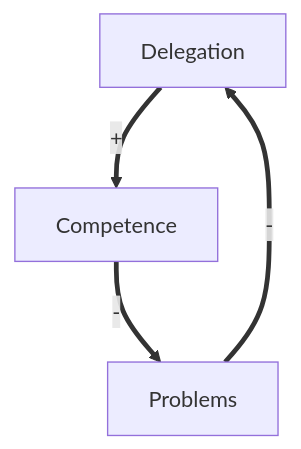
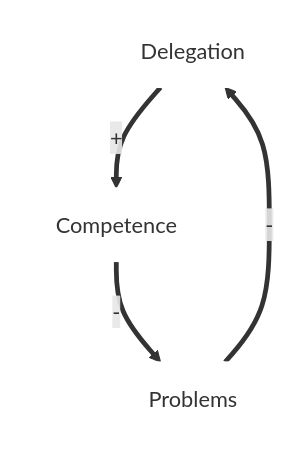
One commit to rowdenw/rowdenw.github.io changed the seventh of 9 diagrams in _drafts/Grown-Up-Thinking.md. Above: the diagram before and after it, drawn with Mermaid. The commit also changed other lines of this file, not shown here.

````diff
--- a/_drafts/Grown-Up-Thinking.md
+++ b/_drafts/Grown-Up-Thinking.md
@@ -117,8 +132,9 @@
 ```mermaid
 graph TD
 	D[Delegation] =="+"==>
 	C[Competence] =="-"==>
 	P[Problems]		=="-"==> D
 
+	classDef default fill:#FFFFFF, stroke:#FFFFFF
 	linkStyle default interpolate basis
 ```
````
